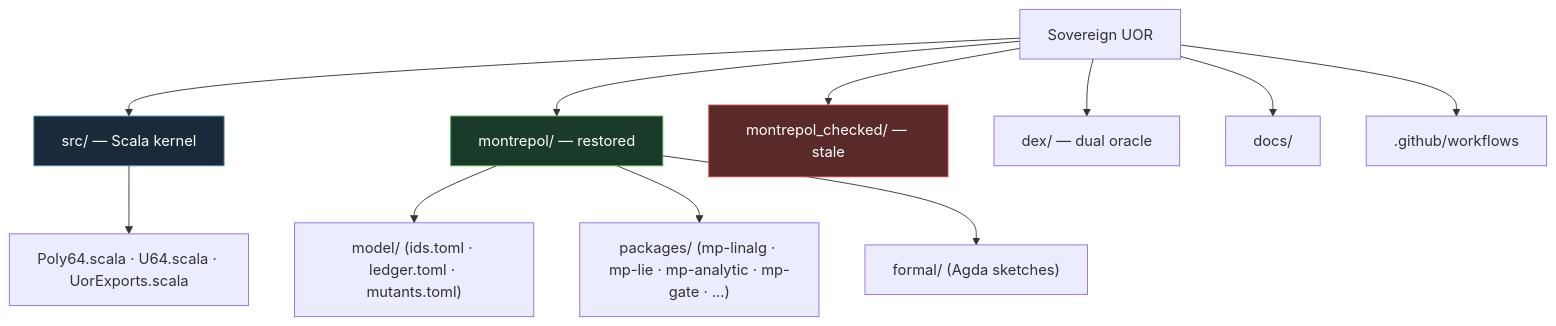
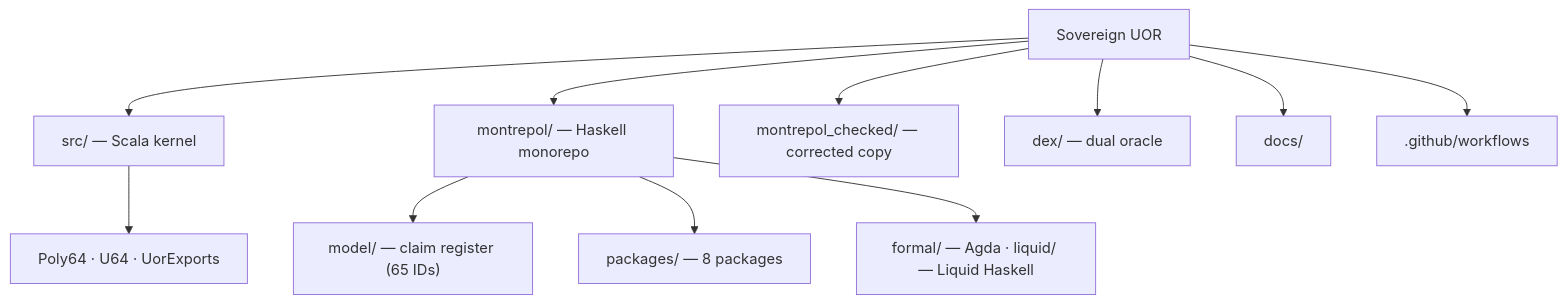
Before and after one commit to AHMADALIPARR/Sovereign-UOR: the diagram in README.md, drawn with Mermaid. The commit also changed other lines of this file and 1 other file, not shown here.

Commit message:
Rewrite root README: photos and diagram at top, sections in tables, no stale-vs-live framing; numbers split into HEAD counts and the ee9176b measured run

````diff
--- a/README.md
+++ b/README.md
@@ -778,19 +9,14 @@
 ```mermaid
 graph TD
     Root["Sovereign UOR"]
     Root --> Src["src/ — Scala kernel"]
-    Root --> Mp["montrepol/ — restored"]
-    Root --> Mpc["montrepol_checked/ — stale"]
+    Root --> Mp["montrepol/ — Haskell monorepo"]
+    Root --> Mpc["montrepol_checked/ — corrected copy"]
     Root --> Dex["dex/ — dual oracle"]
     Root --> Docs["docs/"]
     Root --> Gh[".github/workflows"]
-
-    Src --> Poly["Poly64.scala · U64.scala · UorExports.scala"]
-    Mp --> Model["model/ (ids.toml · ledger.toml · mutants.toml)"]
-    Mp --> Pkgs["packages/ (mp-linalg · mp-lie · mp-analytic · mp-gate · …)"]
-    Mp --> Formal["formal/ (Agda sketches)"]
-
-    style Mpc fill:#5a2a2a,stroke:#c44,color:#fff
-    style Mp fill:#1a3a2a,stroke:#4a4,color:#fff
-    style Src fill:#1a2a3a,stroke:#48a,color:#fff
+    Src --> Poly["Poly64 · U64 · UorExports"]
+    Mp --> Model["model/ — claim register (65 IDs)"]
+    Mp --> Pkgs["packages/ — 8 packages"]
+    Mp --> Formal["formal/ — Agda · liquid/ — Liquid Haskell"]
 ```
````
